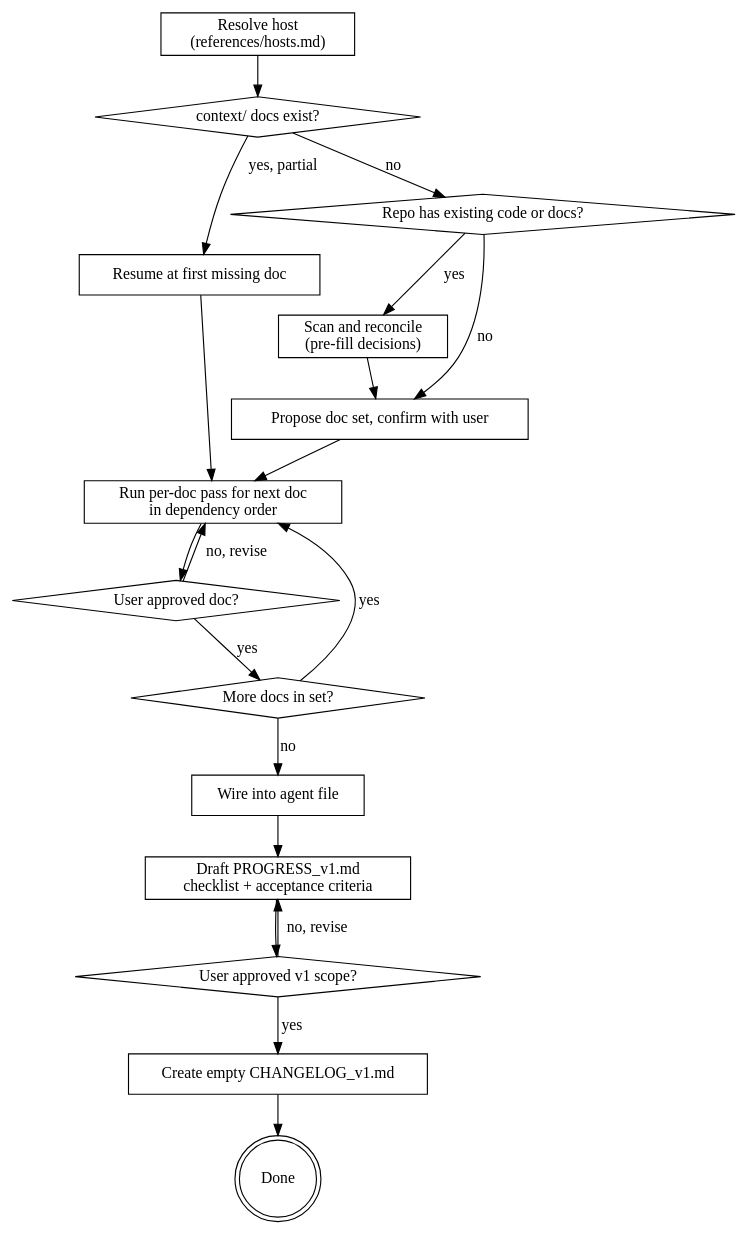
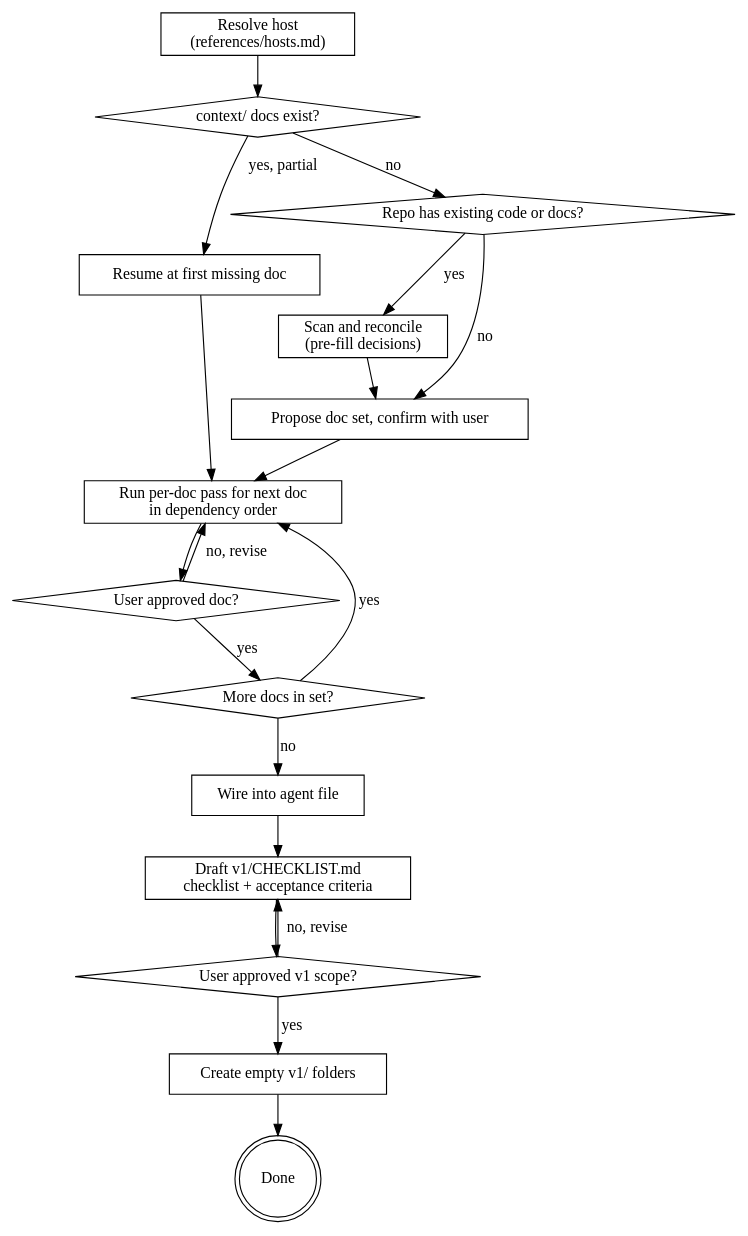
The diagram in skills/bootstrapping-context-docs/SKILL.md (gbcstro/context-docs-kit), drawn with Graphviz before and after one commit. The commit also changed other lines of this file and 73 other files, not shown here.

First line of the commit message:
feat: per-version PROGRESS folders, project-scoped companion installs

````diff
--- a/skills/bootstrapping-context-docs/SKILL.md
+++ b/skills/bootstrapping-context-docs/SKILL.md
@@ -56,37 +56,37 @@
 ```dot
 digraph bootstrap {
     "Resolve host\n(references/hosts.md)" [shape=box];
     "context/ docs exist?" [shape=diamond];
     "Resume at first missing doc" [shape=box];
     "Repo has existing code or docs?" [shape=diamond];
     "Scan and reconcile\n(pre-fill decisions)" [shape=box];
     "Propose doc set, confirm with user" [shape=box];
     "Run per-doc pass for next doc\nin dependency order" [shape=box];
     "User approved doc?" [shape=diamond];
     "More docs in set?" [shape=diamond];
     "Wire into agent file" [shape=box];
-    "Draft PROGRESS_v1.md\nchecklist + acceptance criteria" [shape=box];
+    "Draft v1/CHECKLIST.md\nchecklist + acceptance criteria" [shape=box];
     "User approved v1 scope?" [shape=diamond];
-    "Create empty CHANGELOG_v1.md" [shape=box];
+    "Create empty v1/ folders" [shape=box];
     "Done" [shape=doublecircle];
 
     "Resolve host\n(references/hosts.md)" -> "context/ docs exist?";
     "context/ docs exist?" -> "Resume at first missing doc" [label="yes, partial"];
     "context/ docs exist?" -> "Repo has existing code or docs?" [label="no"];
     "Repo has existing code or docs?" -> "Scan and reconcile\n(pre-fill decisions)" [label="yes"];
     "Repo has existing code or docs?" -> "Propose doc set, confirm with user" [label="no"];
     "Scan and reconcile\n(pre-fill decisions)" -> "Propose doc set, confirm with user";
     "Resume at first missing doc" -> "Run per-doc pass for next doc\nin dependency order";
     "Propose doc set, confirm with user" -> "Run per-doc pass for next doc\nin dependency order";
     "Run per-doc pass for next doc\nin dependency order" -> "User approved doc?";
     "User approved doc?" -> "Run per-doc pass for next doc\nin dependency order" [label="no, revise"];
     "User approved doc?" -> "More docs in set?" [label="yes"];
     "More docs in set?" -> "Run per-doc pass for next doc\nin dependency order" [label="yes"];
     "More docs in set?" -> "Wire into agent file" [label="no"];
-    "Wire into agent file" -> "Draft PROGRESS_v1.md\nchecklist + acceptance criteria";
-    "Draft PROGRESS_v1.md\nchecklist + acceptance criteria" -> "User approved v1 scope?";
-    "User approved v1 scope?" -> "Draft PROGRESS_v1.md\nchecklist + acceptance criteria" [label="no, revise"];
-    "User approved v1 scope?" -> "Create empty CHANGELOG_v1.md" [label="yes"];
-    "Create empty CHANGELOG_v1.md" -> "Done";
+    "Wire into agent file" -> "Draft v1/CHECKLIST.md\nchecklist + acceptance criteria";
+    "Draft v1/CHECKLIST.md\nchecklist + acceptance criteria" -> "User approved v1 scope?";
+    "User approved v1 scope?" -> "Draft v1/CHECKLIST.md\nchecklist + acceptance criteria" [label="no, revise"];
+    "User approved v1 scope?" -> "Create empty v1/ folders" [label="yes"];
+    "Create empty v1/ folders" -> "Done";
 }
 ```
````
